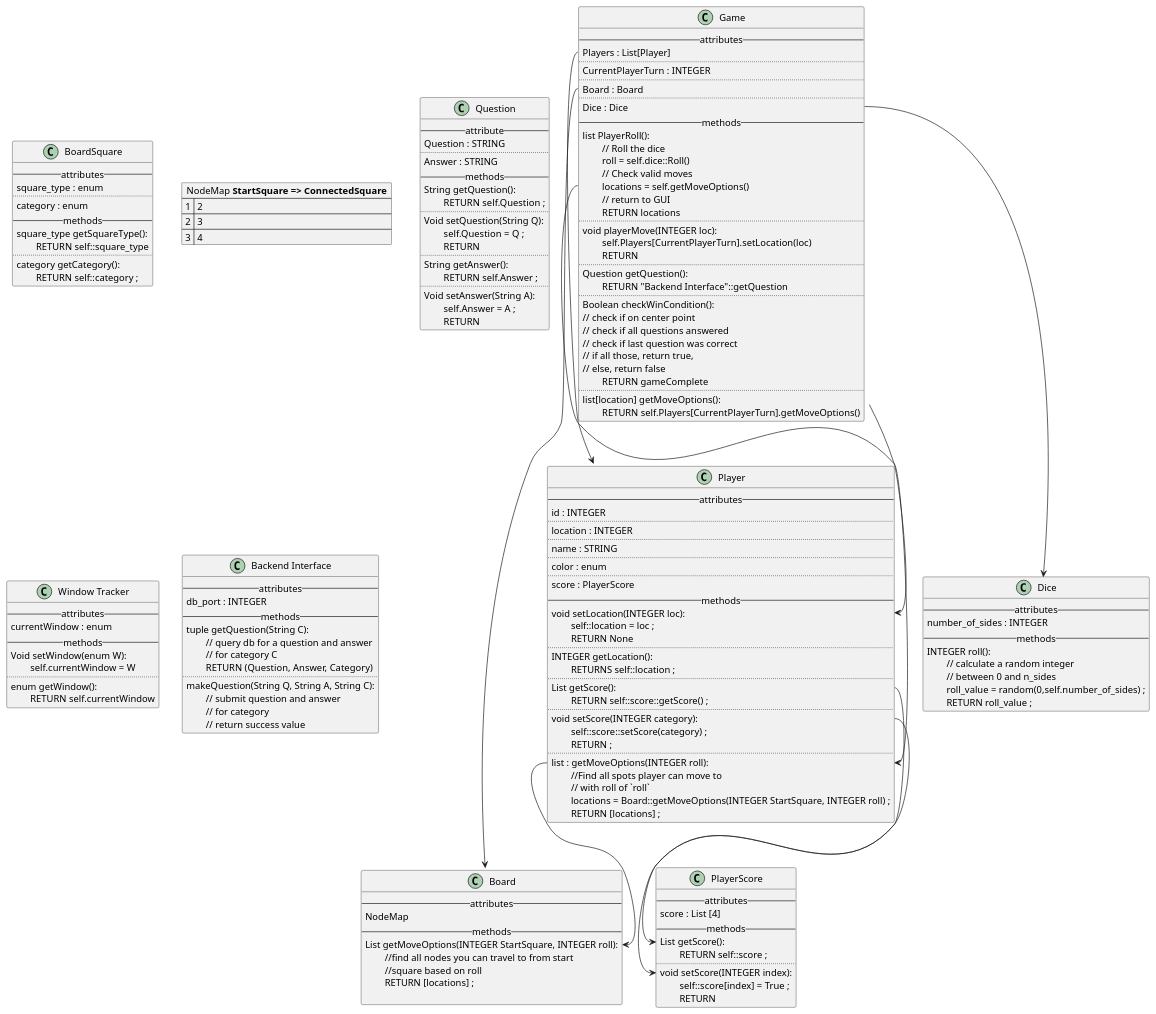
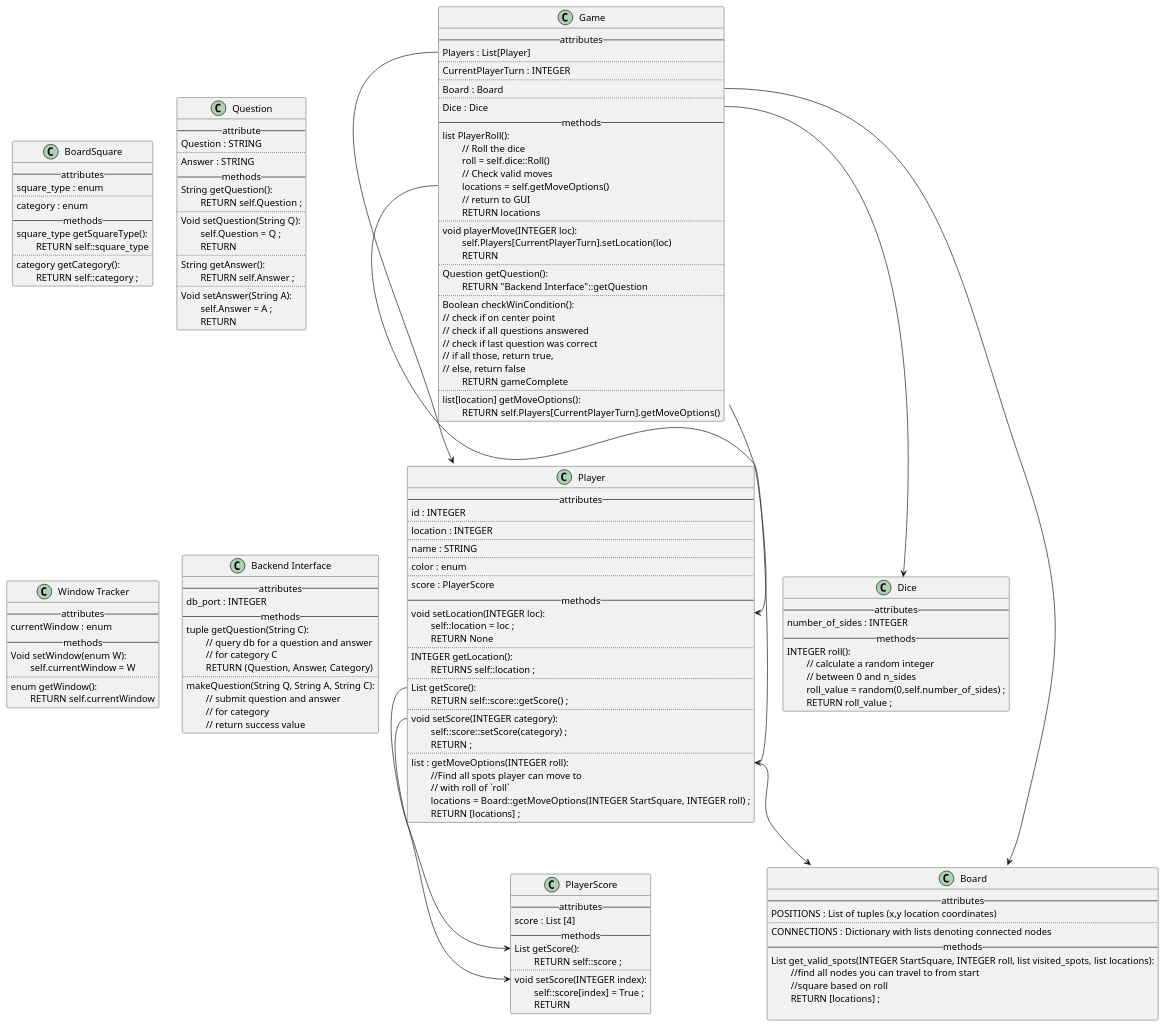
One commit to ttimmer2/TrivialCompute changed the diagram in Class_Diagrams/pseudocode.puml. Above: the diagram before and after it, drawn with PlantUML. The commit also changed 4 other files, not shown here.

```diff
--- a/Class_Diagrams/pseudocode.puml
+++ b/Class_Diagrams/pseudocode.puml
@@ -1,199 +1,195 @@
 @startuml
 ' Class definitions and pseudocode
 class Player {
   --attributes--
   id : INTEGER
   ..
   location : INTEGER
   ..
   name : STRING
   ..
   color : enum
   ..
   score : PlayerScore
   --methods--
   void setLocation(INTEGER loc):
   \tself::location = loc ;
   \tRETURN None
   ..
   INTEGER getLocation():
   \tRETURNS self::location ;
   ..
   List getScore():
   \tRETURN self::score::getScore() ;
   ..
   void setScore(INTEGER category):
   \tself::score::setScore(category) ;
   \tRETURN ;
   ..
   list : getMoveOptions(INTEGER roll):
   \t//Find all spots player can move to
   \t// with roll of `roll`
   \tlocations = Board::getMoveOptions(INTEGER StartSquare, INTEGER roll) ;
   \tRETURN [locations] ;
 }
 
 class PlayerScore{
   --attributes--
   score : List [4]
   --methods--
   List getScore():
   \tRETURN self::score ;
   ..
   void setScore(INTEGER index):
   \tself::score[index] = True ;
   \tRETURN
 }
 
 class Dice{
   --attributes--
   number_of_sides : INTEGER
   --methods--
   INTEGER roll():
   \t// calculate a random integer
   \t// between 0 and n_sides
   \troll_value = random(0,self.number_of_sides) ;
   \tRETURN roll_value ;
 }
 
 class BoardSquare{
   --attributes--
   square_type : enum
   ..
   category : enum
   --methods--
   square_type getSquareType():
   \tRETURN self::square_type
   ..
   category getCategory():
   \tRETURN self::category ;
 }
 
-map "NodeMap **StartSquare => ConnectedSquare**" as NodeMap {
-1 => 2
-2 => 3
-3 => 4
-}
-
 Class Game{
   --attributes--
   Players : List[Player]
   ..
   CurrentPlayerTurn : INTEGER
   ..
   Board : Board
   ..
   Dice : Dice
   --methods--
   list PlayerRoll():
     \t// Roll the dice
     \troll = self.dice::Roll()
     \t// Check valid moves
     \tlocations = self.getMoveOptions()
     \t// return to GUI
     \tRETURN locations
   ..
   void playerMove(INTEGER loc):
   \tself.Players[CurrentPlayerTurn].setLocation(loc)
   \tRETURN
   ..
   Question getQuestion():
   \\tRETURN "Backend Interface"::getQuestion
   ..
   Boolean checkWinCondition():
   // check if on center point
   // check if all questions answered
   // check if last question was correct
   // if all those, return true,
   // else, return false
   \tRETURN gameComplete
   ..
   list[location] getMoveOptions():
   \tRETURN self.Players[CurrentPlayerTurn].getMoveOptions()
 }
 
 Class Board{
   --attributes--
-  NodeMap
+  POSITIONS : List of tuples (x,y location coordinates)
+  ..
+  CONNECTIONS : Dictionary with lists denoting connected nodes
   --methods--
-  List getMoveOptions(INTEGER StartSquare, INTEGER roll):
+  List get_valid_spots(INTEGER StartSquare, INTEGER roll, list visited_spots, list locations):
   \t//find all nodes you can travel to from start
   \t//square based on roll
   \tRETURN [locations] ;
 
 }
 
 Class Question{
   --attribute--
   Question : STRING
   ..
   Answer : STRING
   --methods--
   String getQuestion():
   \tRETURN self.Question ;
   ..
   Void setQuestion(String Q):
   \tself.Question = Q ;
   \tRETURN
   ..
   String getAnswer():
   \tRETURN self.Answer ;
   ..
   Void setAnswer(String A):
   \tself.Answer = A ;
   \tRETURN
 }
 
 Class "Window Tracker"{
   --attributes--
   currentWindow : enum
   --methods--
   Void setWindow(enum W):
   \tself.currentWindow = W
   ..
   enum getWindow():
   \tRETURN self.currentWindow
 }
 
 Class "Backend Interface"{
     --attributes--
     db_port : INTEGER
     --methods--
     tuple getQuestion(String C):
     \t// query db for a question and answer
     \t// for category C
     \tRETURN (Question, Answer, Category)
     ..
     makeQuestion(String Q, String A, String C):
     \t// submit question and answer
     \t// for category
     \t// return success value
 }
 
 ' attribute connections
 Player::getScore --> PlayerScore::getScore
 Player::setScore --> PlayerScore::setScore
 Player::getMoveOptions --> Board::getMoveOptions
 Game::Players --> Player
 Game::Board --> Board
 Game::Dice --> Dice
 Game::getMoveOptions --> Player::getMoveOptions
 Game::PlayerMove --> Player::setLocation
 
 /'
 
 Class "GUI Interface"{
 
 }
 
     When Given <some precondition>
 
 And <additional preconditions> Optional
 
 When <an action/trigger occurs>
 
 Then <some post condition>
 
 And <additional post conditions> Optional
 '/
 @enduml
```
